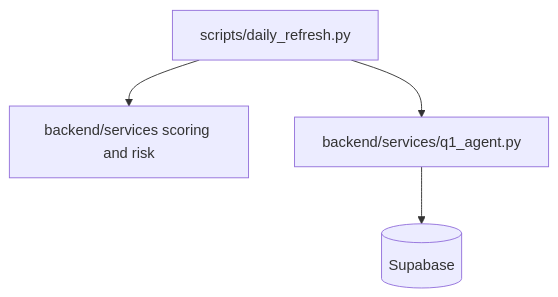
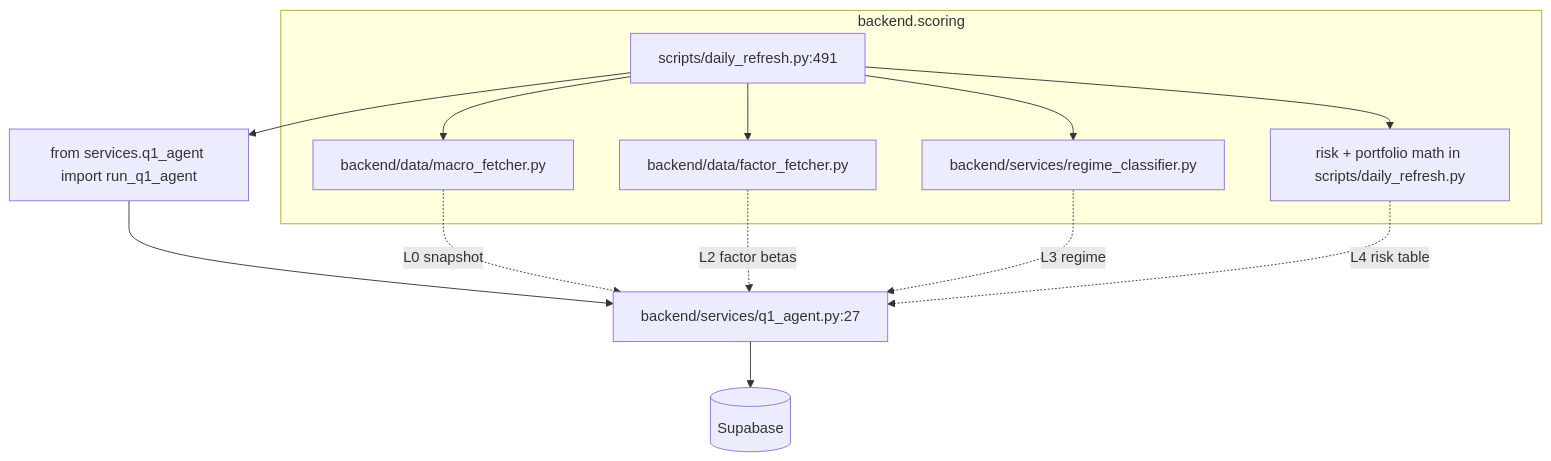
Before and after one commit to zihanlim/geninnov: the diagram in docs/baseline/pipeline-graph.md, drawn with Mermaid. The commit also changed other lines of this file and 26 other files, not shown here.

Commit message:
docs(baseline): T1 review fixes - real MCP access, complete schema, Playwright captures

````diff
--- a/docs/baseline/pipeline-graph.md
+++ b/docs/baseline/pipeline-graph.md
@@ -5,6 +29,16 @@
 ```mermaid
 graph TD
- daily_refresh[scripts/daily_refresh.py] --> scoring[backend/services scoring and risk]
- daily_refresh --> q1[backend/services/q1_agent.py]
- q1 --> supabase[(Supabase)]
+  daily_refresh[scripts/daily_refresh.py:491] --> q1_import["from services.q1_agent import run_q1_agent"]
+  q1_import --> q1_module[backend/services/q1_agent.py:27]
+  q1_module --> supabase[(Supabase)]
+  subgraph backend.scoring
+    daily_refresh --> L0[backend/data/macro_fetcher.py]
+    daily_refresh --> L2[backend/data/factor_fetcher.py]
+    daily_refresh --> L3[backend/services/regime_classifier.py]
+    daily_refresh --> L4[risk + portfolio math in scripts/daily_refresh.py]
+  end
+  L0 -. L0 snapshot .-> q1_module
+  L2 -. L2 factor betas .-> q1_module
+  L3 -. L3 regime .-> q1_module
+  L4 -. L4 risk table .-> q1_module
 ```
````
